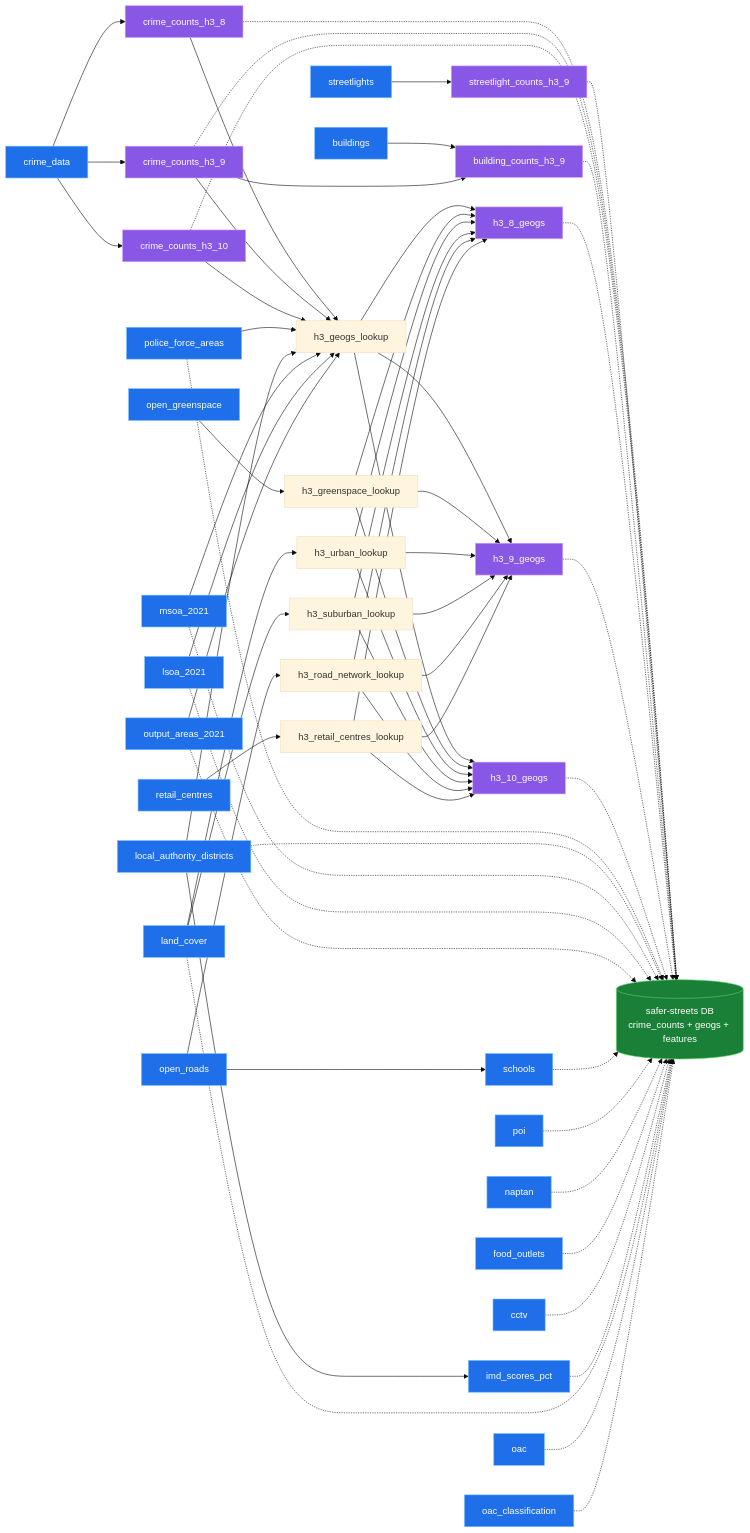
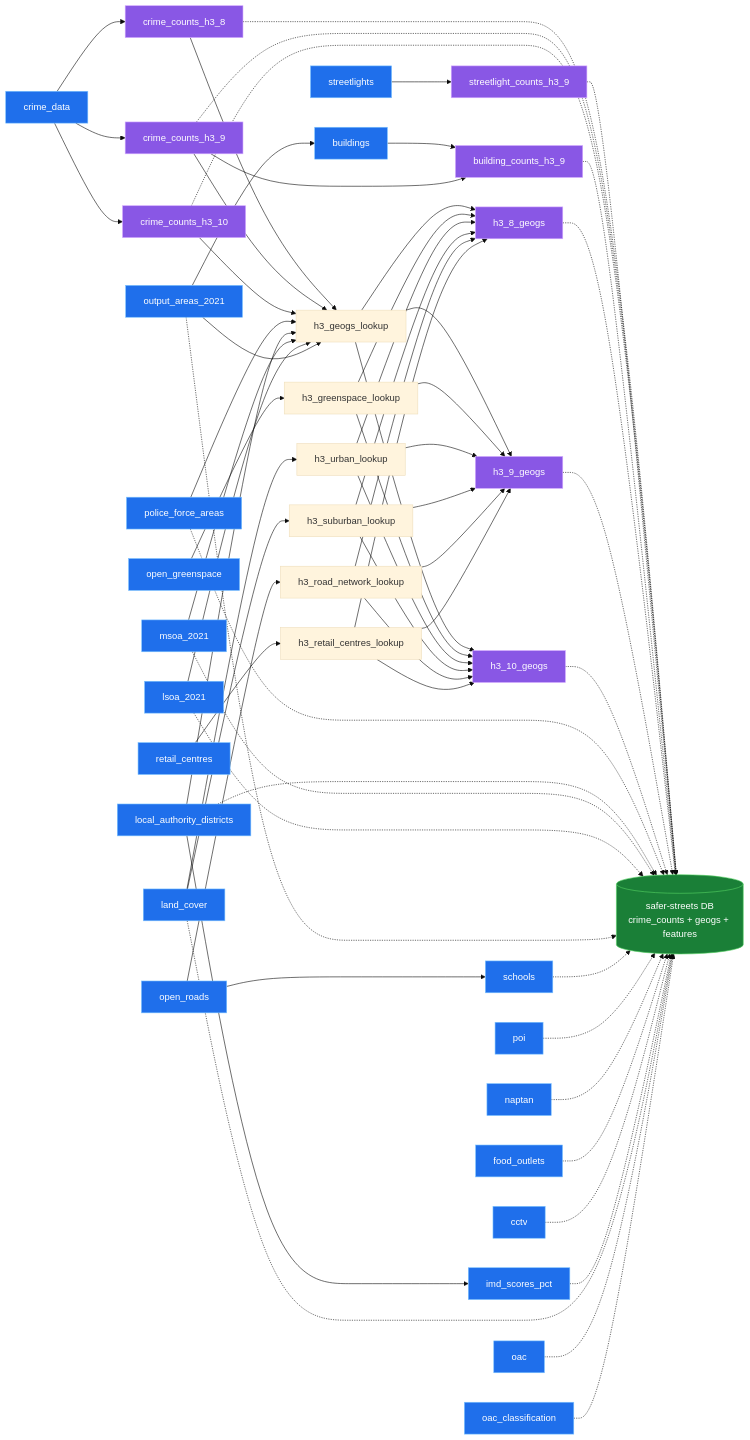
One commit to safer-streets/safer-streets-tooling changed the diagram in README.md. Above: the diagram before and after it, drawn with Mermaid (base theme). The commit also changed other lines of this file and 3 other files, not shown here.

```diff
--- a/README.md
+++ b/README.md
@@ -87,6 +87,7 @@
     %% extract edges
     open_roads --> schools
     local_authority_districts --> imd_scores_pct
+    output_areas_2021 --> buildings
 
     %% transform edges
     crime_data --> crime_counts_h3_8
```
